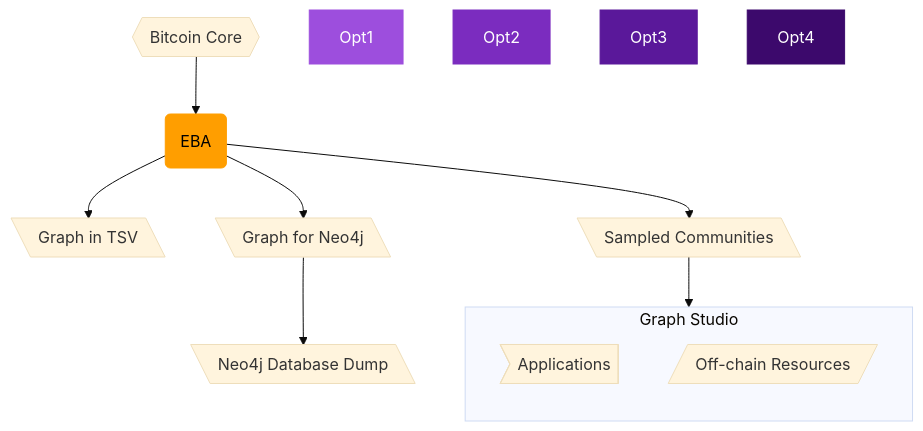
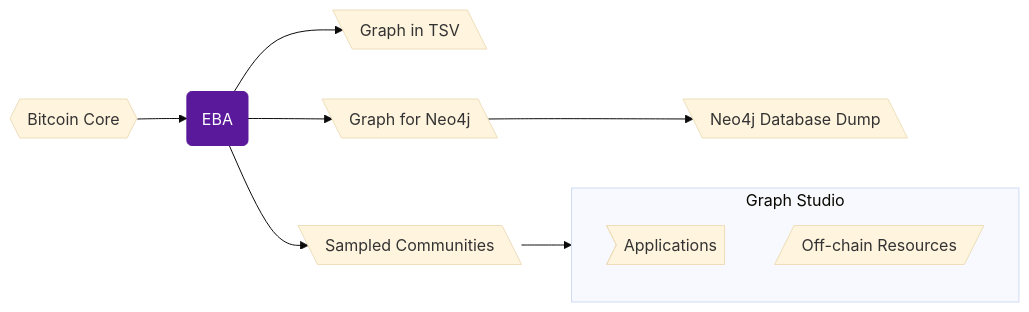
The diagram in README.md (VJalili/MSPC), drawn with Mermaid (base theme) before and after one commit. The commit also changed other lines of this file, not shown here.

````diff
--- a/README.md
+++ b/README.md
@@ -32,30 +1,31 @@
 ```mermaid
-graph TB
-    bitcoinCore{{Bitcoin Core}} --> eba(EBA);
+graph LR
+    bitcoin{{Bitcoin Core}} --> eba(EBA);
     eba --> tsv[\Graph in TSV\];
     eba --> neo4j[\Graph for Neo4j\];
     neo4j --> neo4jDump[\Neo4j Database Dump\];
 
     subgraph gStudio[Graph Studio]
         direction TB
         apps>Applications];
 
         offchain[/Off-chain Resources/];
 
         %%offchain --> apps;
     end
 
     eba --> coms[\Sampled Communities\];
     coms --> apps;    
-    
 
     %% --- Link Definitions ---
     click eba "#opt1" "Go to Pre-built Model Section"
 
     %% --- Styling ---
-    style eba fill:#ff9e00,stroke:#ff9e00,color:#000
-    style Opt1 fill:#9d4edd,stroke:#9d4edd,color:#fff
-    style Opt2 fill:#7b2cbf,stroke:#7b2cbf,color:#fff
-    style Opt3 fill:#5a189a,stroke:#5a189a,color:#fff
-    style Opt4 fill:#3c096c,stroke:#3c096c,color:#fff
+    %%style eba fill:#ff9e00,stroke:#ff9e00,color:#000
+    style eba fill:#5a189a,stroke:#5a189a,color:#fff
+    %%style bitcoin fill:#7b2cbf,stroke:#7b2cbf,color:#fff
+    %%style bitcoin fill:#5a189a,stroke:#5a189a,color:#fff
+    %%style bitcoin fill:#3c096c,stroke:#3c096c,color:#fff
+    %%style gStudio fill:#3c096c,stroke:#3c096c,color:#fff
+    %%style gStudio fill:#2E2933,stroke:#2E2933,color:#fff
 ```
````
